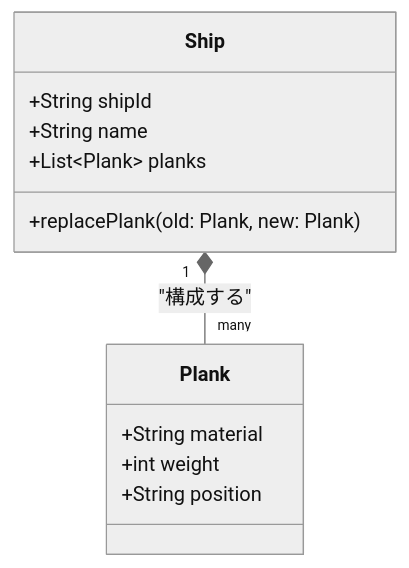
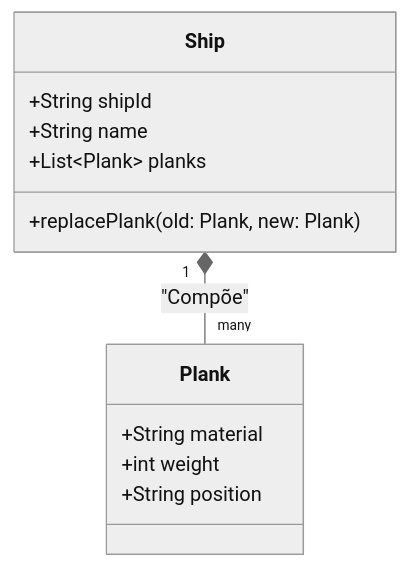
Before and after one commit to kenjinote/blog: the second of 4 diagrams in content/post/ship-of-theseus/index.pt.md, drawn with Mermaid (neutral theme). The commit also changed other lines of this file and 28 other files, not shown here.

Commit message:
Translate Japanese text inside Mermaid diagrams to respective languages

````diff
--- a/content/post/ship-of-theseus/index.pt.md
+++ b/content/post/ship-of-theseus/index.pt.md
@@ -67,15 +67,15 @@
 ```mermaid
 classDiagram
     class Ship {
         +String shipId
         +String name
         +List~Plank~ planks
         +replacePlank(old: Plank, new: Plank)
     }
     class Plank {
         +String material
         +int weight
         +String position
     }
-    Ship "1" *-- "many" Plank : "構成する"
+    Ship "1" *-- "many" Plank : "Compõe"
 ```
````
